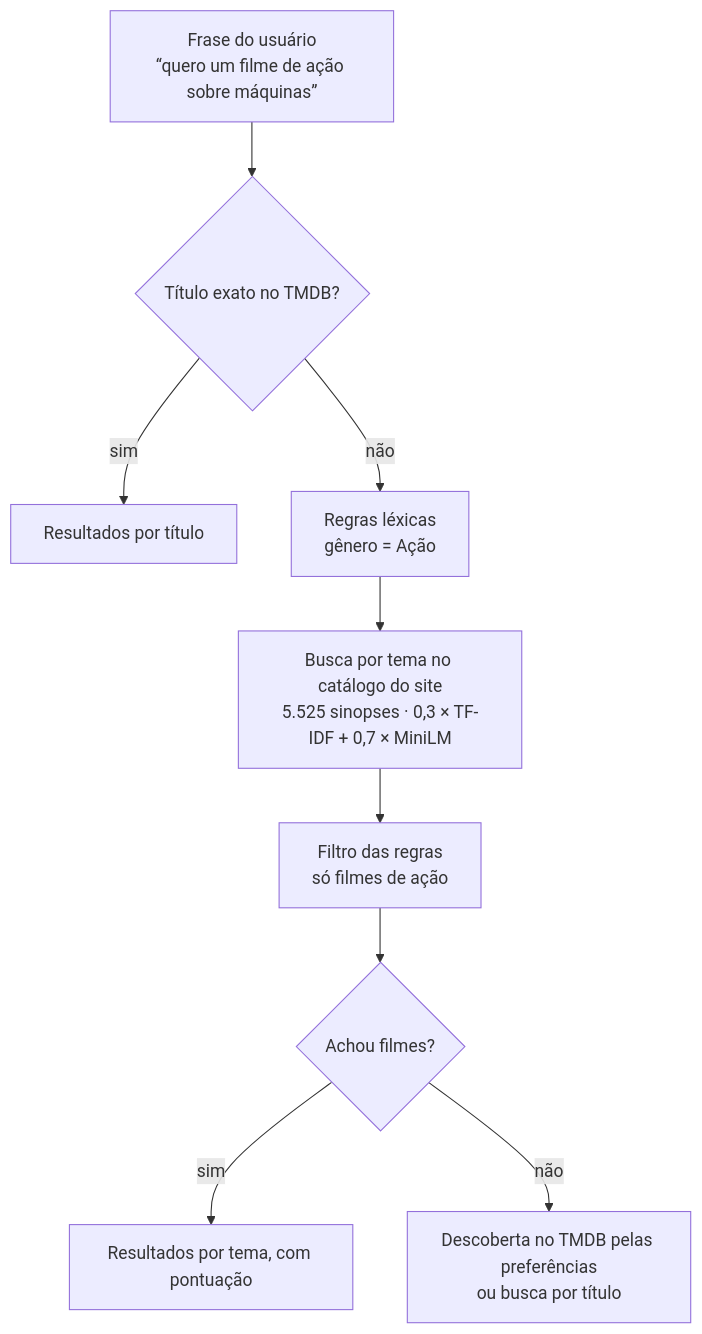
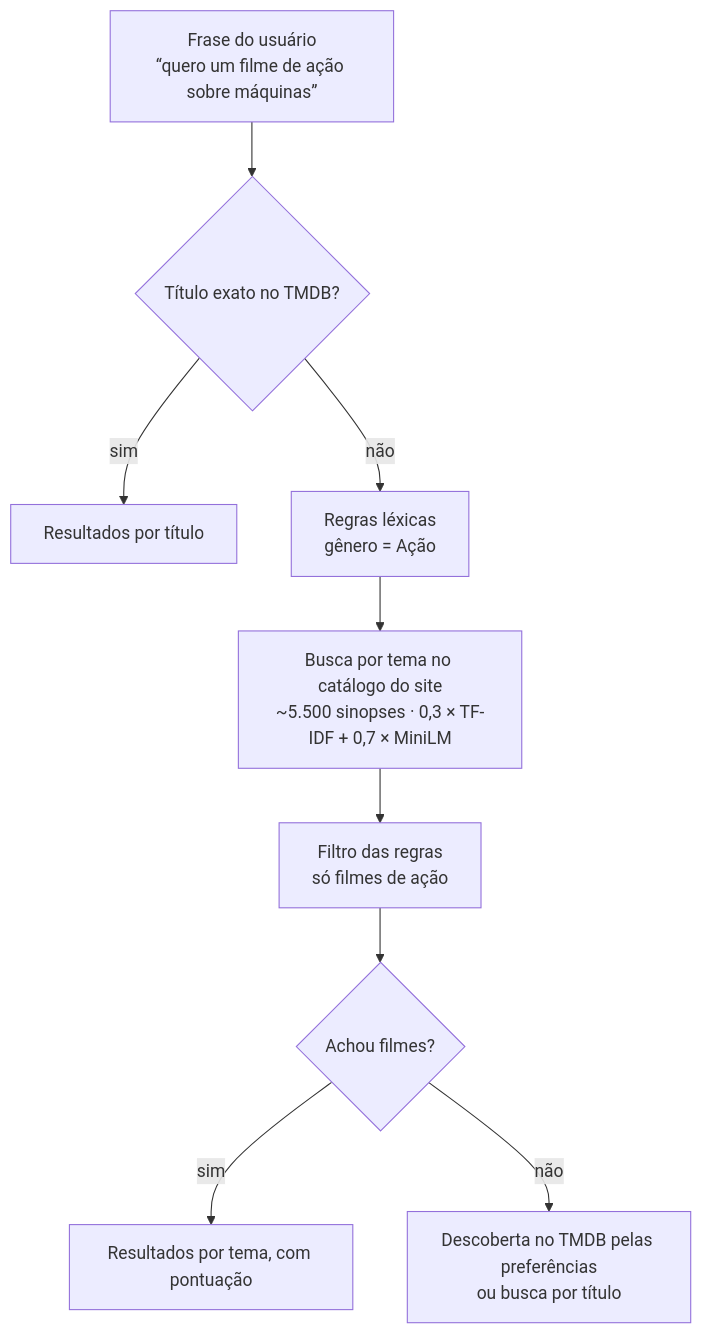
One commit to KaikeDev/PLN changed the diagram in docs/3-busca.md. Above: the diagram before and after it, drawn with Mermaid. The commit also changed other lines of this file and 115 other files, not shown here.

````diff
--- a/docs/3-busca.md
+++ b/docs/3-busca.md
@@ -19,11 +19,11 @@
 ```mermaid
 flowchart TD
     Q["Frase do usuário<br/>“quero um filme de ação sobre máquinas”"] --> T{Título exato no TMDB?}
     T -- sim --> RT[Resultados por título]
     T -- não --> R[Regras léxicas<br/>gênero = Ação]
-    R --> H[Busca por tema no catálogo do site<br/>5.525 sinopses · 0,3 × TF-IDF + 0,7 × MiniLM]
+    R --> H[Busca por tema no catálogo do site<br/>~5.500 sinopses · 0,3 × TF-IDF + 0,7 × MiniLM]
     H --> F[Filtro das regras<br/>só filmes de ação]
     F --> OK{Achou filmes?}
     OK -- sim --> RS[Resultados por tema, com pontuação]
     OK -- não --> D[Descoberta no TMDB pelas preferências<br/>ou busca por título]
 ```
````
